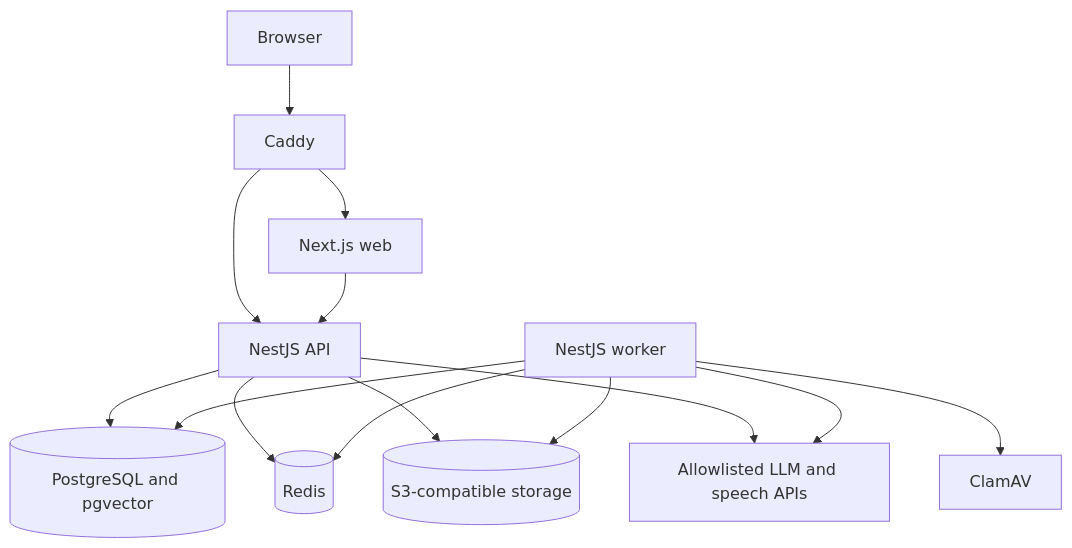
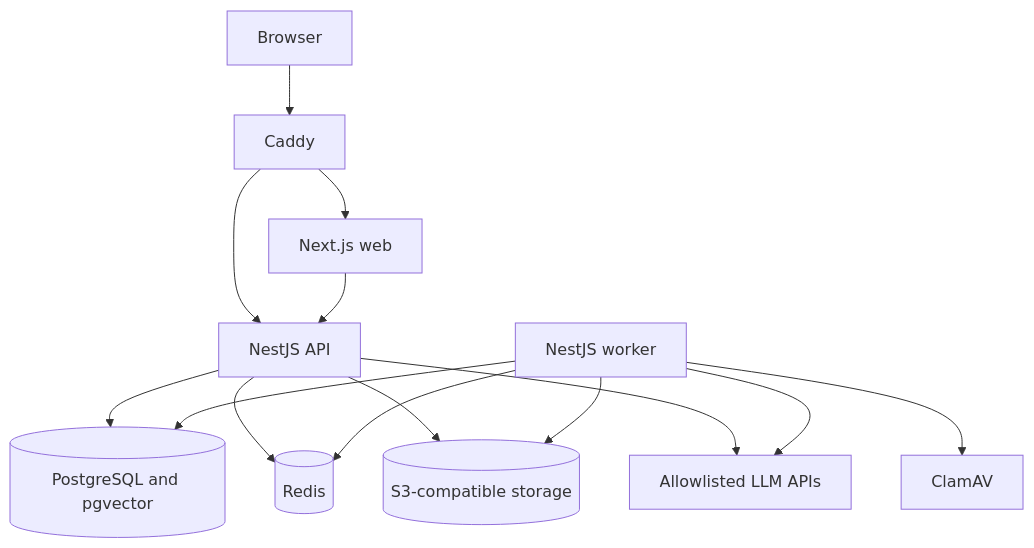
Before and after one commit to zkDhruba/memora: the diagram in docs/diagrams/02-containers.md, drawn with Mermaid. The commit also changed 22 other files, not shown here.

````diff
--- a/docs/diagrams/02-containers.md
+++ b/docs/diagrams/02-containers.md
@@ -3,27 +3,27 @@
 ```mermaid
 flowchart TB
   browser[Browser]
   caddy[Caddy]
   web[Next.js web]
   api[NestJS API]
   worker[NestJS worker]
   pg[(PostgreSQL and pgvector)]
   redis[(Redis)]
   s3[(S3-compatible storage)]
   clam[ClamAV]
-  provider[Allowlisted LLM and speech APIs]
+  provider[Allowlisted LLM APIs]
 
   browser --> caddy
   caddy --> web
   caddy --> api
   web --> api
   api --> pg
   api --> redis
   api --> s3
   api --> provider
   worker --> pg
   worker --> redis
   worker --> s3
   worker --> clam
   worker --> provider
 ```
````
